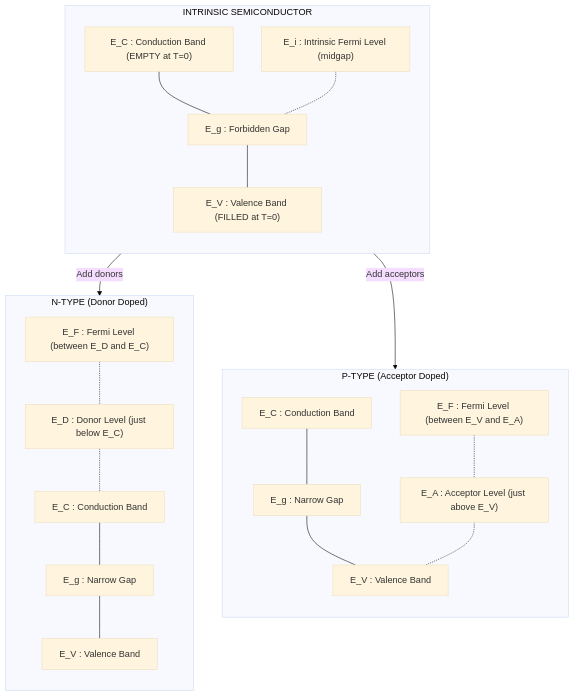
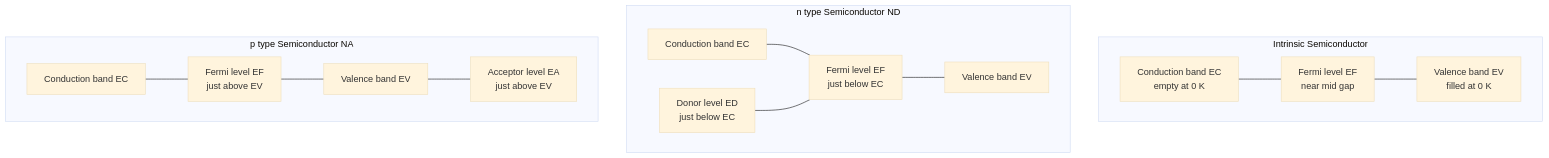
Before and after one commit to vishnuu-kr/ktunode: the second of 5 diagrams in public/notes/computer-science-and-engineering/semester-1/gapht121-physics-for-information-science/03-module-3-semiconductor-physics/semiconductor-physics/notes.md, drawn with Mermaid (base theme). The commit also changed other lines of this file and 4829 other files, not shown here.

````diff
--- a/public/notes/computer-science-and-engineering/semester-1/gapht121-physics-for-information-science/03-module-3-semiconductor-physics/semiconductor-physics/notes.md
+++ b/public/notes/computer-science-and-engineering/semester-1/gapht121-physics-for-information-science/03-module-3-semiconductor-physics/semiconductor-physics/notes.md
@@ -554,42 +478,30 @@
 ```mermaid
-flowchart TB
-    subgraph INTRINSIC["INTRINSIC SEMICONDUCTOR"]
-        direction TB
-        ECB1["E_C : Conduction Band (EMPTY at T=0)"]
-        EG1["E_g : Forbidden Gap"]
-        EVB1["E_V : Valence Band (FILLED at T=0)"]
-        EF1["E_i : Intrinsic Fermi Level (midgap)"]
-        ECB1 --- EG1
-        EG1 --- EVB1
-        EF1 -.- EG1
+flowchart TD
+    subgraph INTRINSIC["Intrinsic Semiconductor"]
+        i1["Conduction band EC<br/>empty at 0 K"]
+        i2["Fermi level EF<br/>near mid gap"]
+        i3["Valence band EV<br/>filled at 0 K"]
+        i1 --- i2
+        i2 --- i3
     end
 
-    subgraph NTYPE["N-TYPE (Donor Doped)"]
-        direction TB
-        ECB2["E_C : Conduction Band"]
-        EG2["E_g : Narrow Gap"]
-        EVB2["E_V : Valence Band"]
-        ED["E_D : Donor Level (just below E_C)"]
-        EF2["E_F : Fermi Level (between E_D and E_C)"]
-        ECB2 --- EG2
-        EG2 --- EVB2
-        ED -.- ECB2
-        EF2 -.- ED
+    subgraph NTYPE["n type Semiconductor ND"]
+        n1["Conduction band EC"]
+        n2["Fermi level EF<br/>just below EC"]
+        n3["Valence band EV"]
+        n4["Donor level ED<br/>just below EC"]
+        n1 --- n2
+        n2 --- n3
+        n4 --- n2
     end
 
-    subgraph PTYPE["P-TYPE (Acceptor Doped)"]
-        direction TB
-        ECB3["E_C : Conduction Band"]
-        EG3["E_g : Narrow Gap"]
-        EVB3["E_V : Valence Band"]
-        EA["E_A : Acceptor Level (just above E_V)"]
-        EF3["E_F : Fermi Level (between E_V and E_A)"]
-        ECB3 --- EG3
-        EG3 --- EVB3
-        EA -.- EVB3
-        EF3 -.- EA
+    subgraph PTYPE["p type Semiconductor NA"]
+        p1["Conduction band EC"]
+        p2["Fermi level EF<br/>just above EV"]
+        p3["Valence band EV"]
+        p4["Acceptor level EA<br/>just above EV"]
+        p1 --- p2
+        p2 --- p3
+        p3 --- p4
     end
-
-    INTRINSIC -- "Add donors" --> NTYPE
-    INTRINSIC -- "Add acceptors" --> PTYPE
 ```
````
